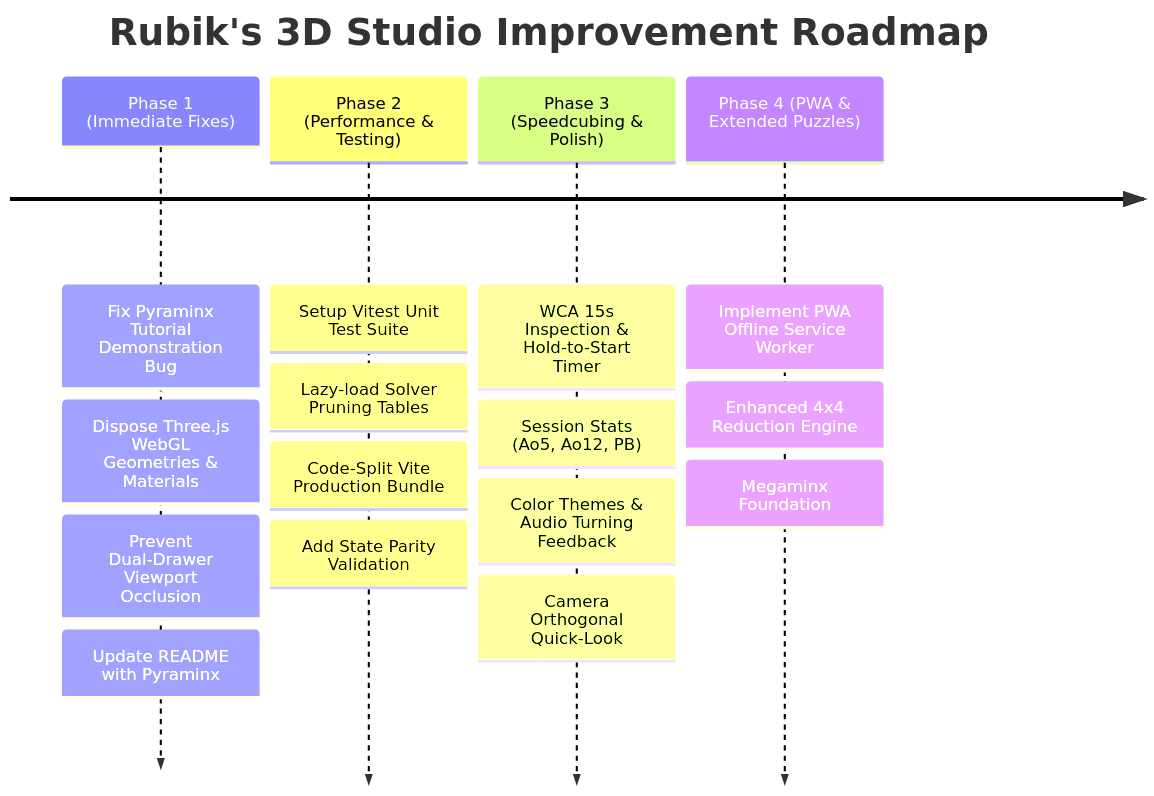
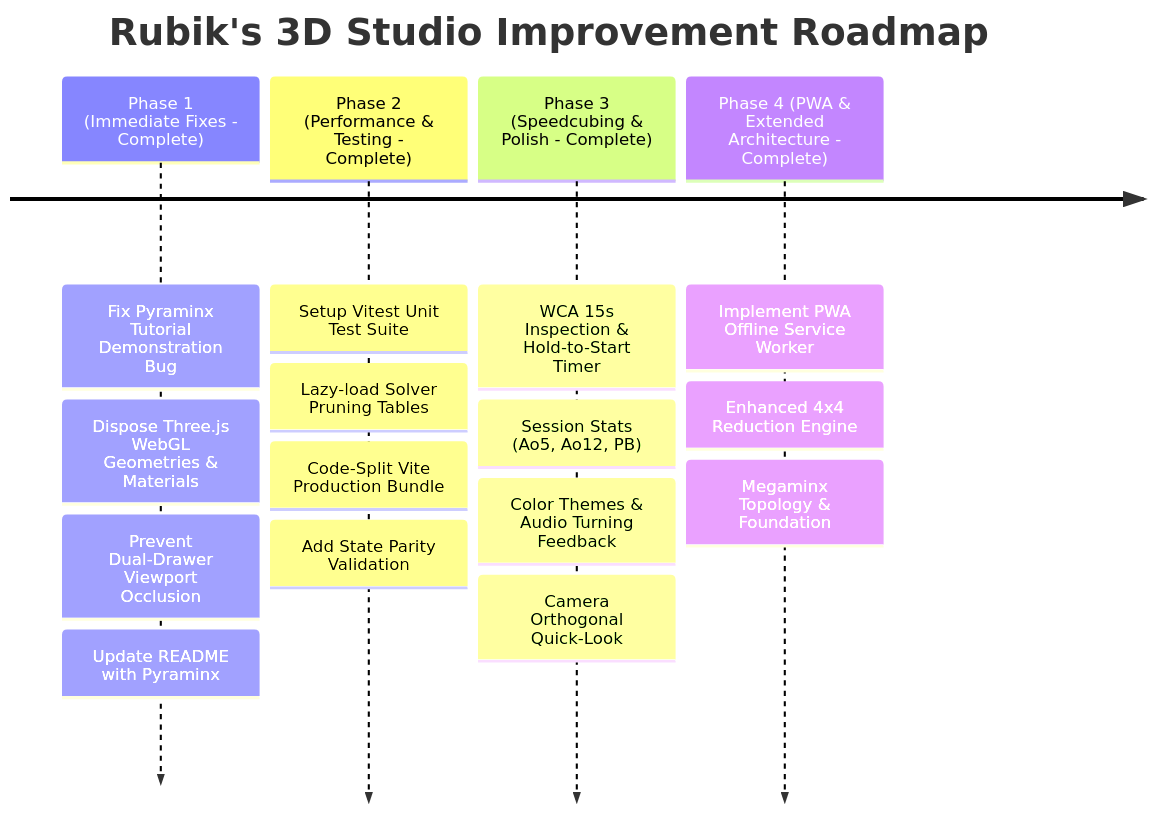
The diagram in IMPROVEMENT_PLAN.md (weidu-tpvision/rubiks-cube-3d-studio), drawn with Mermaid before and after one commit. The commit also changed other lines of this file and 27 other files, not shown here.

First line of the commit message:
feat: complete Phase 2-4 test suites, speedcubing timer, audio, themes, and PWA

````diff
--- a/IMPROVEMENT_PLAN.md
+++ b/IMPROVEMENT_PLAN.md
@@ -174,8 +132,8 @@
 ```mermaid
 timeline
     title Rubik's 3D Studio Improvement Roadmap
-    Phase 1 (Immediate Fixes) : Fix Pyraminx Tutorial Demonstration Bug : Dispose Three.js WebGL Geometries & Materials : Prevent Dual-Drawer Viewport Occlusion : Update README with Pyraminx
-    Phase 2 (Performance & Testing) : Setup Vitest Unit Test Suite : Lazy-load Solver Pruning Tables : Code-Split Vite Production Bundle : Add State Parity Validation
-    Phase 3 (Speedcubing & Polish) : WCA 15s Inspection & Hold-to-Start Timer : Session Stats (Ao5, Ao12, PB) : Color Themes & Audio Turning Feedback : Camera Orthogonal Quick-Look
-    Phase 4 (PWA & Extended Puzzles) : Implement PWA Offline Service Worker : Enhanced 4x4 Reduction Engine : Megaminx Foundation
+    Phase 1 (Immediate Fixes - Complete) : Fix Pyraminx Tutorial Demonstration Bug : Dispose Three.js WebGL Geometries & Materials : Prevent Dual-Drawer Viewport Occlusion : Update README with Pyraminx
+    Phase 2 (Performance & Testing - Complete) : Setup Vitest Unit Test Suite : Lazy-load Solver Pruning Tables : Code-Split Vite Production Bundle : Add State Parity Validation
+    Phase 3 (Speedcubing & Polish - Complete) : WCA 15s Inspection & Hold-to-Start Timer : Session Stats (Ao5, Ao12, PB) : Color Themes & Audio Turning Feedback : Camera Orthogonal Quick-Look
+    Phase 4 (PWA & Extended Architecture - Complete) : Implement PWA Offline Service Worker : Enhanced 4x4 Reduction Engine : Megaminx Topology & Foundation
 ```
````
